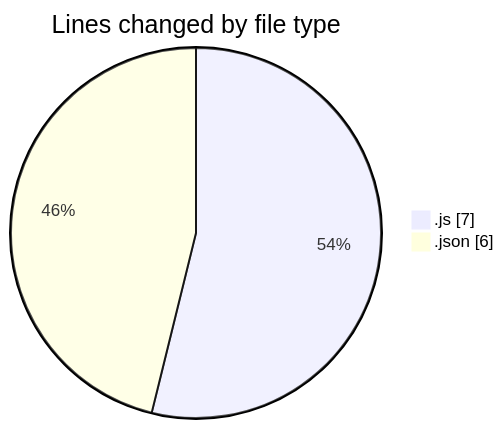
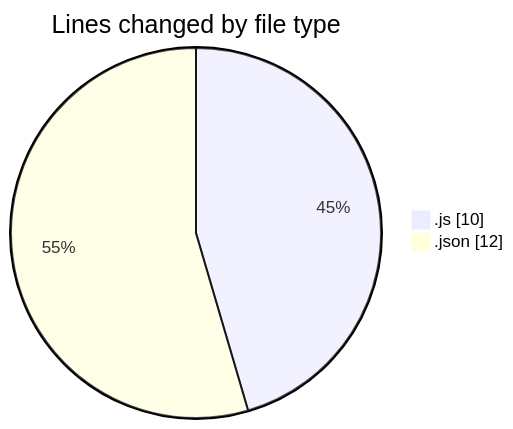
One commit to momahboobian/code-tracking changed the first of 2 diagrams in 2025-12-18/cda/README.md. Above: the diagram before and after it, drawn with Mermaid. The commit also changed other lines of this file and 1 other file, not shown here.

````diff
--- a/2025-12-18/cda/README.md
+++ b/2025-12-18/cda/README.md
@@ -22,6 +22,6 @@
 ```mermaid
 pie showData
 title Lines changed by file type
-".js" : 7
-".json" : 6
+".js" : 10
+".json" : 12
 ```
````
